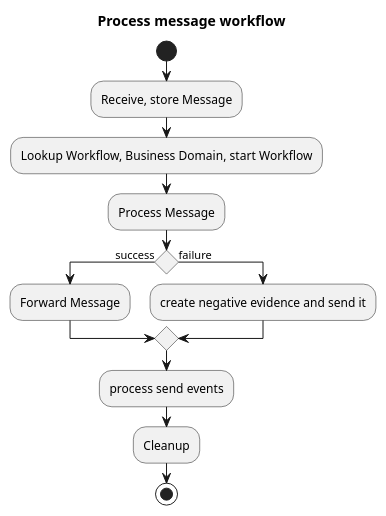
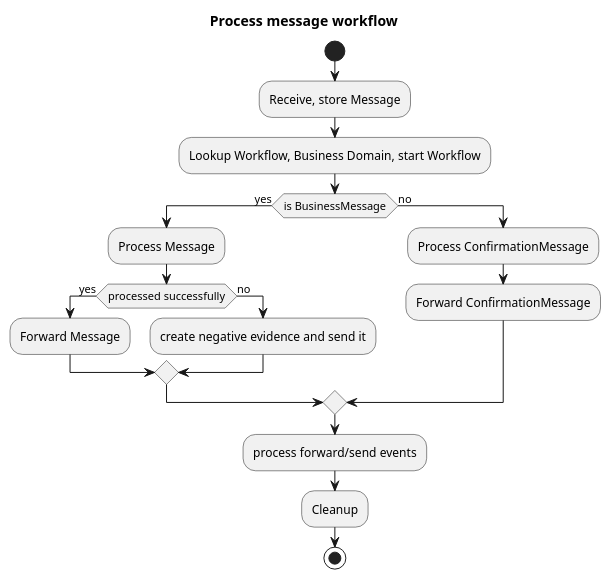
Before and after one commit to muell16/domibusConnector: the first of 4 diagrams in domibusConnector/domibusConnectorDocumentation/src/asciidoc/doc/architecture/connector5/flows/level0/l0_process_message.adoc, drawn with PlantUML. The commit also changed other lines of this file and 5 other files, not shown here.

```diff
--- a/domibusConnector/domibusConnectorDocumentation/src/asciidoc/doc/architecture/connector5/flows/level0/l0_process_message.adoc
+++ b/domibusConnector/domibusConnectorDocumentation/src/asciidoc/doc/architecture/connector5/flows/level0/l0_process_message.adoc
@@ -34,28 +34,37 @@
 [plantuml,message_processing_activity_diagram_overview,format=svg]
 ----
 @startuml
 
 title Process message workflow
 
 start
 
 :Receive, store Message;
 
 :Lookup Workflow, Business Domain, start Workflow;
 
+
+
+if (is BusinessMessage) then (yes)
 :Process Message;
-
-if () then (success)
+if (processed successfully) then (yes)
 :Forward Message;
-else (failure)
+else (no)
 :create negative evidence and send it;
 endif
-:process send events;
+
+else (no)
+:Process ConfirmationMessage;
+:Forward ConfirmationMessage;
+endif
+
+
+:process forward/send events;
 
 
 :Cleanup;
 
 stop
 
 @enduml
 ----
```
